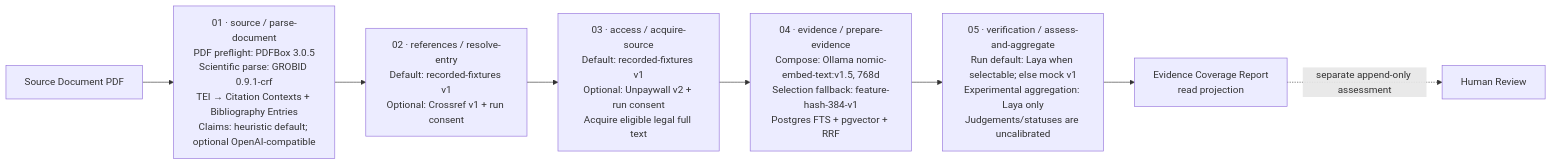
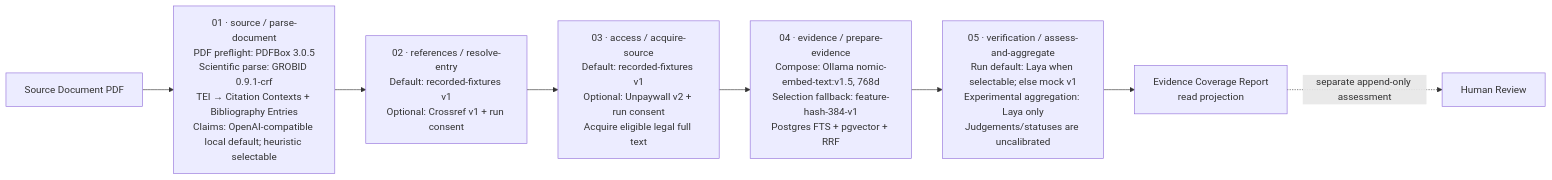
The first of 2 diagrams in docs/pipeline-feature-matrix.md (arrokh/paper-t-rail), drawn with Mermaid before and after one commit. The commit also changed other lines of this file and 24 other files, not shown here.

First line of the commit message:
[api-web] feat: Default local claim analysis and preflight

````diff
--- a/docs/pipeline-feature-matrix.md
+++ b/docs/pipeline-feature-matrix.md
@@ -17,10 +17,10 @@
 ```mermaid
 flowchart LR
     PDF["Source Document PDF"] --> S1
-    S1["01 · source / parse-document<br/>PDF preflight: PDFBox 3.0.5<br/>Scientific parse: GROBID 0.9.1-crf<br/>TEI → Citation Contexts + Bibliography Entries<br/>Claims: heuristic default; optional OpenAI-compatible"] --> S2
+    S1["01 · source / parse-document<br/>PDF preflight: PDFBox 3.0.5<br/>Scientific parse: GROBID 0.9.1-crf<br/>TEI → Citation Contexts + Bibliography Entries<br/>Claims: OpenAI-compatible local default; heuristic selectable"] --> S2
     S2["02 · references / resolve-entry<br/>Default: recorded-fixtures v1<br/>Optional: Crossref v1 + run consent"] --> S3
     S3["03 · access / acquire-source<br/>Default: recorded-fixtures v1<br/>Optional: Unpaywall v2 + run consent<br/>Acquire eligible legal full text"] --> S4
     S4["04 · evidence / prepare-evidence<br/>Compose: Ollama nomic-embed-text:v1.5, 768d<br/>Selection fallback: feature-hash-384-v1<br/>Postgres FTS + pgvector + RRF"] --> S5
     S5["05 · verification / assess-and-aggregate<br/>Run default: Laya when selectable; else mock v1<br/>Experimental aggregation: Laya only<br/>Judgements/statuses are uncalibrated"] --> REPORT["Evidence Coverage Report<br/>read projection"]
     REPORT -. separate append-only assessment .-> REVIEW["Human Review"]
 ```
````
